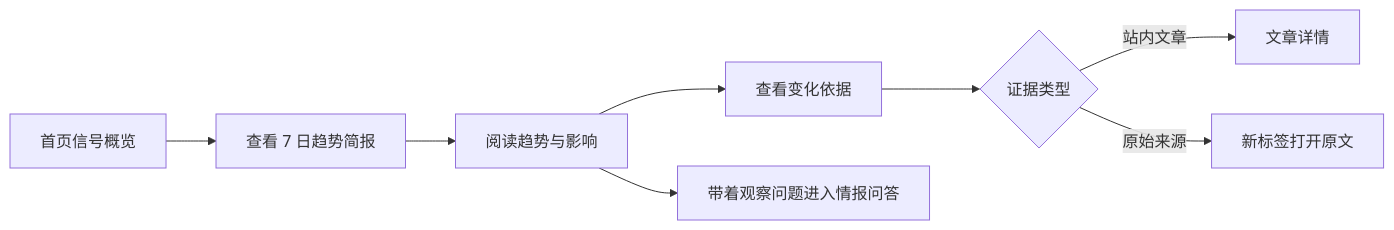
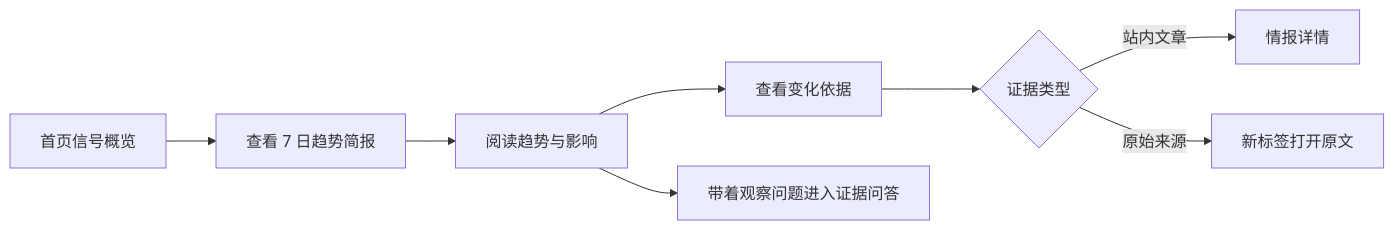
One commit to Dyj0926D/newseviday changed the fifth of 8 diagrams in prd/NewsEviday-PRD.md. Above: the diagram before and after it, drawn with Mermaid. The commit also changed other lines of this file and 45 other files, not shown here.

Commit message:
feat: align public copy and architecture

````diff
--- a/prd/NewsEviday-PRD.md
+++ b/prd/NewsEviday-PRD.md
@@ -1339,10 +1342,10 @@
 ```mermaid
 flowchart LR
     A["首页信号概览"] --> B["查看 7 日趋势简报"]
     B --> C["阅读趋势与影响"]
     C --> D["查看变化依据"]
     D --> E{"证据类型"}
-    E -- "站内文章" --> F["文章详情"]
+    E -- "站内文章" --> F["情报详情"]
     E -- "原始来源" --> G["新标签打开原文"]
-    C --> H["带着观察问题进入情报问答"]
+    C --> H["带着观察问题进入证据问答"]
 ```
````
